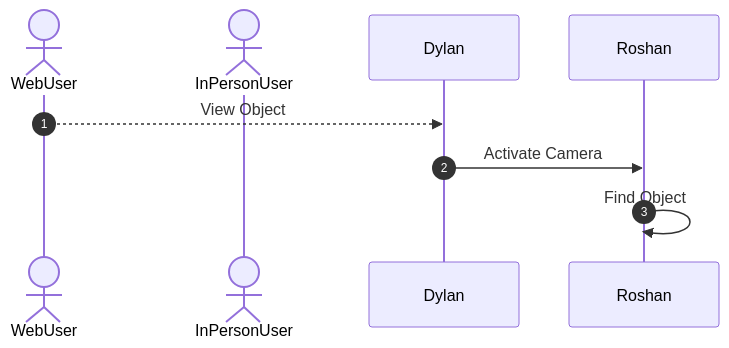
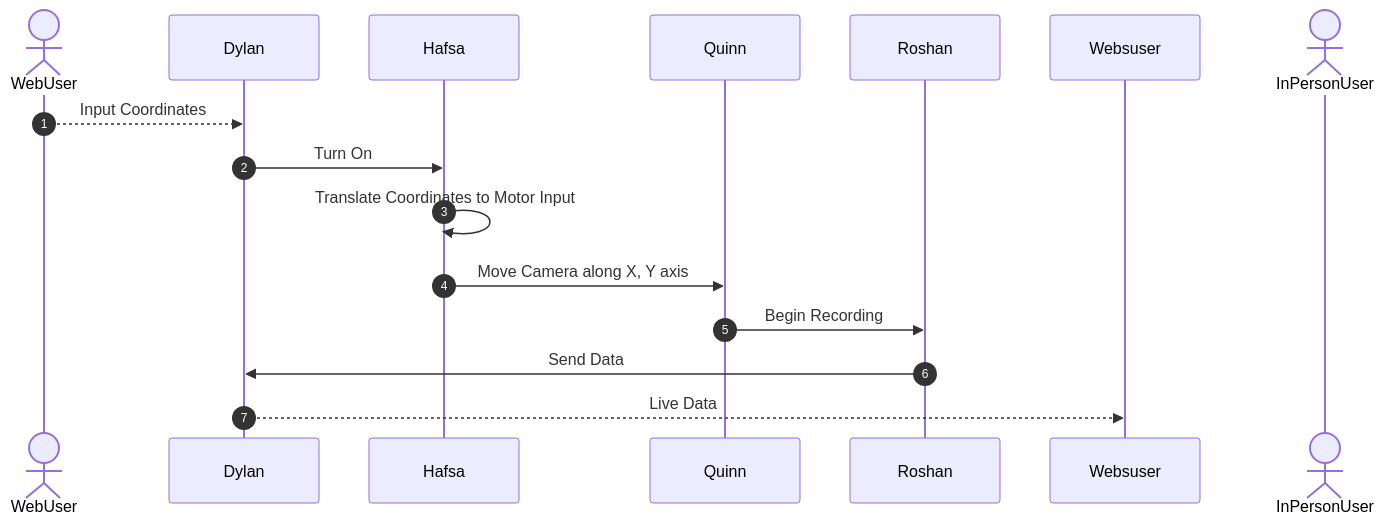
Before and after one commit to EGR314-S-2026-304/EGR314-S-2026-304.github.io: the diagram in docs/04-Team-Diagram.md, drawn with Mermaid.

````diff
--- a/docs/04-Team-Diagram.md
+++ b/docs/04-Team-Diagram.md
@@ -11,9 +11,13 @@
 ``` mermaid
 sequenceDiagram
   autonumber
   actor WebUser
+  WebUser-->>Dylan: Input Coordinates
+  Dylan->>Hafsa: Turn On
+  Hafsa->>Hafsa: Translate Coordinates to Motor Input
+  Hafsa->>Quinn: Move Camera along X, Y axis
+  Quinn->>Roshan: Begin Recording
+  Roshan->>Dylan: Send Data
+  Dylan-->>Websuser: Live Data
   actor InPersonUser
-  WebUser-->>Dylan: View Object
-  Dylan->>Roshan: Activate Camera
-  Roshan->>Roshan: Find Object
 ```
````
